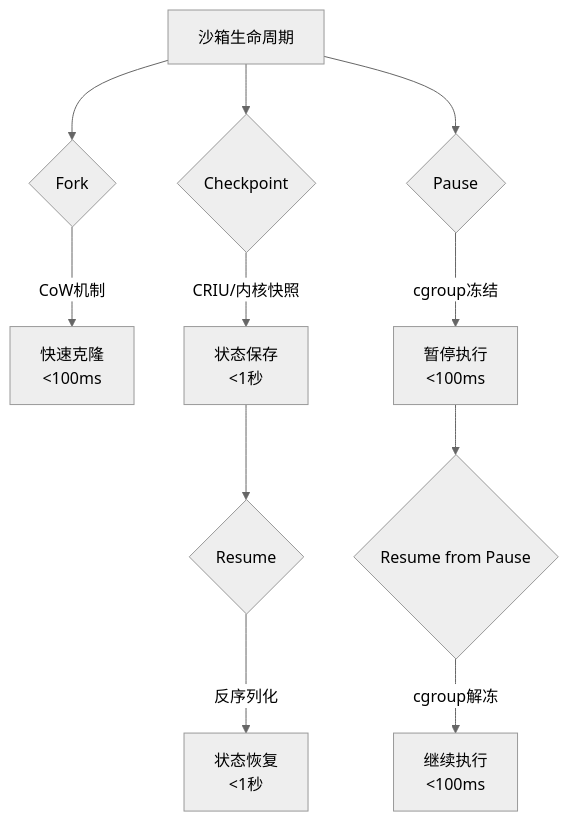
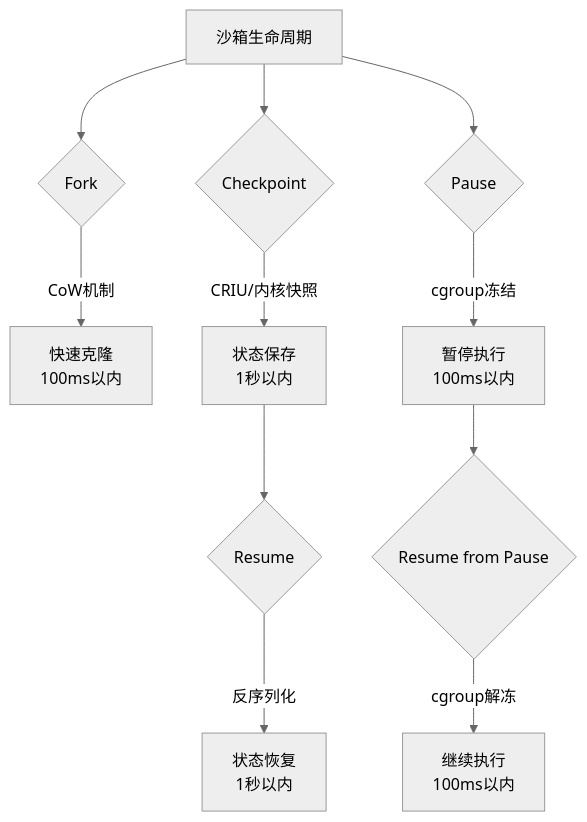
Before and after one commit to QJWang23/sandbox: diagram 16 of 19 in docs/superpowers/specs/2026-03-22-agent-sandbox-technical-roadmap.md, drawn with Mermaid (neutral theme).

````diff
--- a/docs/superpowers/specs/2026-03-22-agent-sandbox-technical-roadmap.md
+++ b/docs/superpowers/specs/2026-03-22-agent-sandbox-technical-roadmap.md
@@ -825,17 +825,17 @@
 ```mermaid
 graph TB
     A[沙箱生命周期] --> B{Fork}
-    B -->|CoW机制| C[快速克隆<br/><100ms]
+    B -->|CoW机制| C[快速克隆<br/>100ms以内]
 
     A --> D{Checkpoint}
-    D -->|CRIU/内核快照| E[状态保存<br/><1秒]
+    D -->|CRIU/内核快照| E[状态保存<br/>1秒以内]
 
     E --> F{Resume}
-    F -->|反序列化| G[状态恢复<br/><1秒]
+    F -->|反序列化| G[状态恢复<br/>1秒以内]
 
     A --> H{Pause}
-    H -->|cgroup冻结| I[暂停执行<br/><100ms]
+    H -->|cgroup冻结| I[暂停执行<br/>100ms以内]
 
     I --> J{Resume from Pause}
-    J -->|cgroup解冻| K[继续执行<br/><100ms]
+    J -->|cgroup解冻| K[继续执行<br/>100ms以内]
 ```
````
